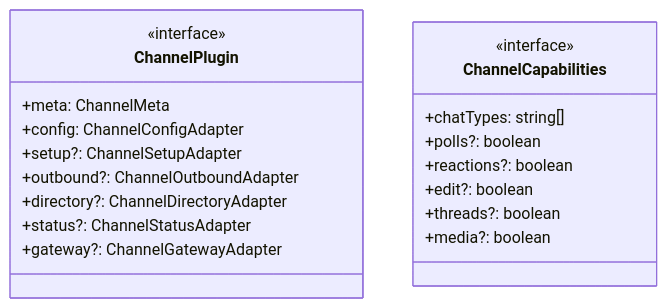
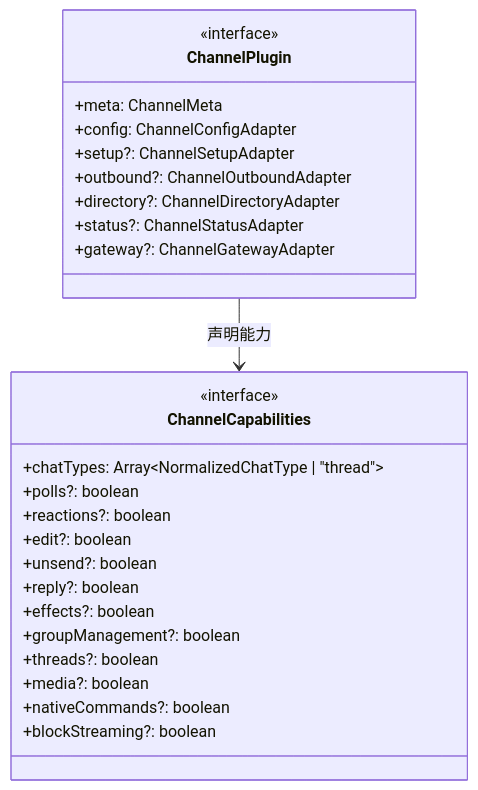
Before and after one commit to caicongyang/bloger: the tenth of 26 diagrams in openclaw/DATA_STRUCTURES.md, drawn with Mermaid. The commit also changed other lines of this file and 13 other files, not shown here.

````diff
--- a/openclaw/DATA_STRUCTURES.md
+++ b/openclaw/DATA_STRUCTURES.md
@@ -407,23 +473,31 @@
 ```mermaid
 classDiagram
     class ChannelPlugin {
         <<interface>>
         +meta: ChannelMeta
         +config: ChannelConfigAdapter
         +setup?: ChannelSetupAdapter
         +outbound?: ChannelOutboundAdapter
         +directory?: ChannelDirectoryAdapter
         +status?: ChannelStatusAdapter
         +gateway?: ChannelGatewayAdapter
     }
-    
+
     class ChannelCapabilities {
         <<interface>>
-        +chatTypes: string[]
+        +chatTypes: Array~NormalizedChatType | "thread"~
         +polls?: boolean
         +reactions?: boolean
         +edit?: boolean
+        +unsend?: boolean
+        +reply?: boolean
+        +effects?: boolean
+        +groupManagement?: boolean
         +threads?: boolean
         +media?: boolean
+        +nativeCommands?: boolean
+        +blockStreaming?: boolean
     }
+
+    ChannelPlugin --> ChannelCapabilities : 声明能力
 ```
````
